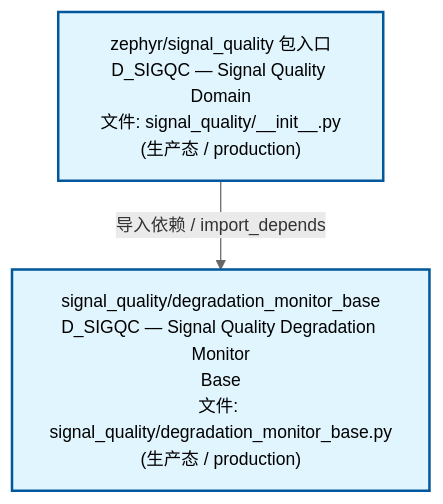
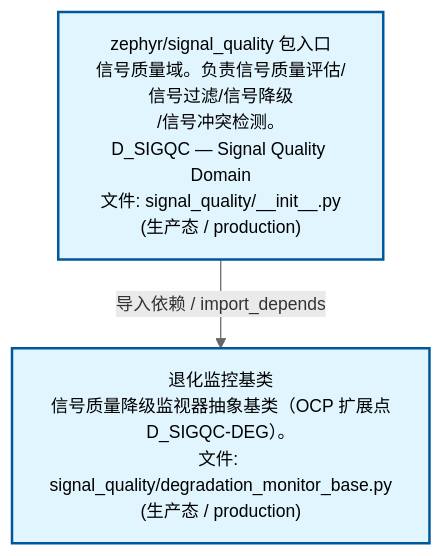
One commit to xuanFelixVan/ZephyrAlpha changed the second of 3 diagrams in docs/02_enterprise_architecture/02_domain_architecture_docs/69_d_sigqc.md. Above: the diagram before and after it, drawn with Mermaid. The commit also changed other lines of this file and 54 other files, not shown here.

````diff
--- a/docs/02_enterprise_architecture/02_domain_architecture_docs/69_d_sigqc.md
+++ b/docs/02_enterprise_architecture/02_domain_architecture_docs/69_d_sigqc.md
@@ -75,12 +75,12 @@
 ```mermaid
 %%{init: {'theme': 'base', 'themeVariables': {'primaryColor': '#eaeaea', 'primaryTextColor': '#333333', 'primaryBorderColor': '#666666', 'lineColor': '#666666', 'secondaryColor': '#eaeaea', 'tertiaryColor': '#eaeaea', 'fontSize': '14px'}}}%%
 flowchart TD
-    src_zephyr_signal_quality_init_py["zephyr/signal_quality 包入口<br/>D_SIGQC — Signal Quality Domain<br/>文件: signal_quality/__init__.py<br/>(生产态 / production)"]
-    src_zephyr_signal_quality_degradation_monitor_base_py["signal_quality/degradation_monitor_base<br/>D_SIGQC — Signal Quality Degradation Monitor<br/>Base<br/>文件: signal_quality/degradation_monitor_base.py<br/>(生产态 / production)"]
+    src_zephyr_signal_quality_init_py["zephyr/signal_quality 包入口<br/>信号质量域。负责信号质量评估/信号过滤/信号降级<br/>/信号冲突检测。<br/>D_SIGQC — Signal Quality Domain<br/>文件: signal_quality/__init__.py<br/>(生产态 / production)"]
+    src_zephyr_signal_quality_degradation_monitor_base_py["退化监控基类<br/>信号质量降级监视器抽象基类（OCP 扩展点<br/>D_SIGQC-DEG）。<br/>文件: signal_quality/degradation_monitor_base.py<br/>(生产态 / production)"]
     src_zephyr_signal_quality_init_py -->|导入依赖 / import_depends| src_zephyr_signal_quality_degradation_monitor_base_py
     classDef production fill:#e1f5fe,stroke:#01579b,stroke-width:2px,color:#000
     classDef design fill:#fff3e0,stroke:#e65100,stroke-width:2px,color:#000,stroke-dasharray: 5 5
     classDef external_prod fill:#e8f4fd,stroke:#0277bd,stroke-width:1px,color:#000
     classDef external_design fill:#fff8e7,stroke:#ef6c00,stroke-width:1px,color:#000,stroke-dasharray: 5 5
     class src_zephyr_signal_quality_init_py,src_zephyr_signal_quality_degradation_monitor_base_py production
 ```
````
